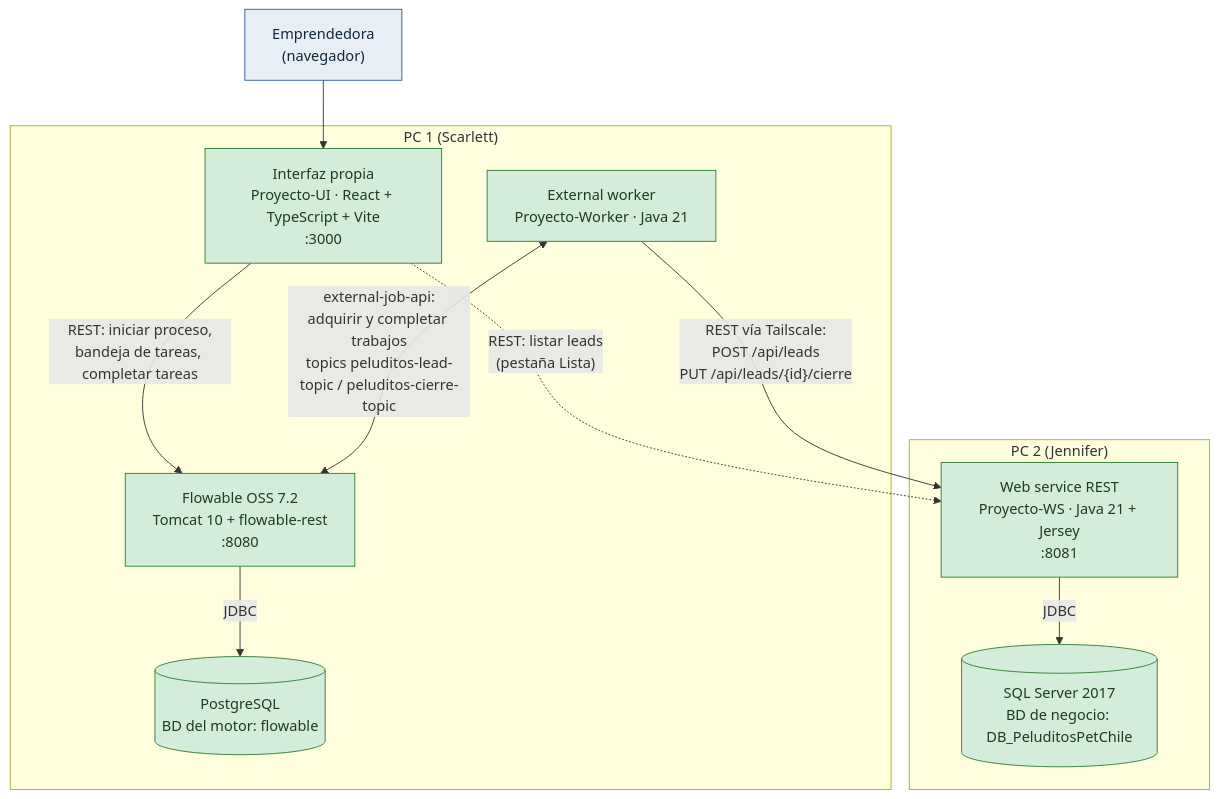
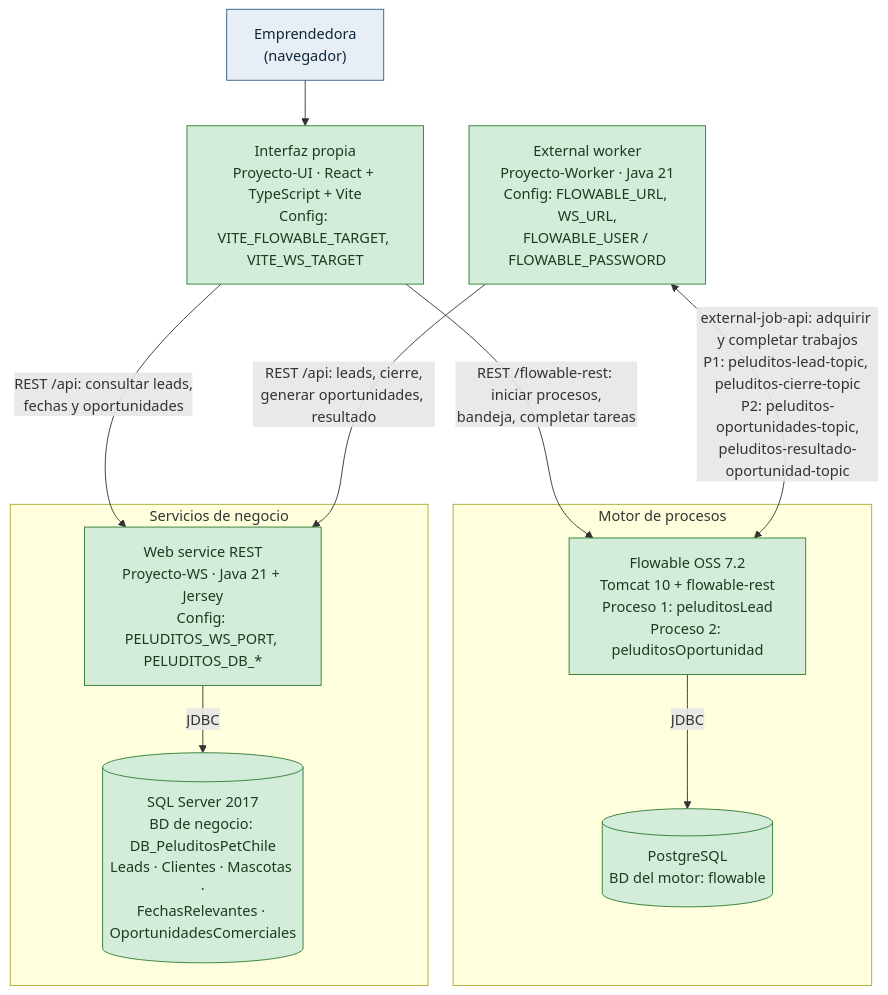
The first of 2 diagrams in Arquitectura/Arquitectura.md (scarlettpaz85-blip/proyecto-grupal), drawn with Mermaid before and after one commit. The commit also changed other lines of this file and 2 other files, not shown here.

````diff
--- a/Arquitectura/Arquitectura.md
+++ b/Arquitectura/Arquitectura.md
@@ -5,28 +8,31 @@
 ```mermaid
 flowchart TB
     U["Emprendedora<br/>(navegador)"]
-    subgraph PC1["PC 1 (Scarlett)"]
-    UI["Interfaz propia<br/>Proyecto-UI · React + TypeScript + Vite<br/>:3000"]
-    F["Flowable OSS 7.2<br/>Tomcat 10 + flowable-rest<br/>:8080"]
-    W["External worker<br/>Proyecto-Worker · Java 21"]
+
+    UI["Interfaz propia<br/>Proyecto-UI · React + TypeScript + Vite<br/>Config: VITE_FLOWABLE_TARGET, VITE_WS_TARGET"]
+
+    subgraph MOTOR["Motor de procesos"]
+    F["Flowable OSS 7.2<br/>Tomcat 10 + flowable-rest<br/>Proceso 1: peluditosLead<br/>Proceso 2: peluditosOportunidad"]
     DBF[("PostgreSQL<br/>BD del motor: flowable")]
     end
-    subgraph PC2["PC 2 (Jennifer)"]
-    S["Web service REST<br/>Proyecto-WS · Java 21 + Jersey<br/>:8081"]
-    DBN[("SQL Server 2017<br/>BD de negocio: DB_PeluditosPetChile")]
+
+    W["External worker<br/>Proyecto-Worker · Java 21<br/>Config: FLOWABLE_URL, WS_URL,<br/>FLOWABLE_USER / FLOWABLE_PASSWORD"]
+
+    subgraph NEGOCIO["Servicios de negocio"]
+    S["Web service REST<br/>Proyecto-WS · Java 21 + Jersey<br/>Config: PELUDITOS_WS_PORT, PELUDITOS_DB_*"]
+    DBN[("SQL Server 2017<br/>BD de negocio: DB_PeluditosPetChile<br/>Leads · Clientes · Mascotas ·<br/>FechasRelevantes · OportunidadesComerciales")]
     end
 
     U --> UI
-    UI -->|"REST: iniciar proceso,<br/>bandeja de tareas, completar tareas"| F
-    UI -.->|"REST: listar leads<br/>(pestaña Lista)"| S
-    W <-->|"external-job-api:<br/>adquirir y completar trabajos<br/>topics peluditos-lead-topic / peluditos-cierre-topic"| F
-    W -->|"REST vía Tailscale:<br/>POST /api/leads<br/>PUT /api/leads/{id}/cierre"| S
+    UI -->|"REST /flowable-rest: iniciar procesos,<br/>bandeja, completar tareas"| F
+    UI -->|"REST /api: consultar leads,<br/>fechas y oportunidades"| S
+    W <-->|"external-job-api: adquirir y completar trabajos<br/>P1: peluditos-lead-topic, peluditos-cierre-topic<br/>P2: peluditos-oportunidades-topic,<br/>peluditos-resultado-oportunidad-topic"| F
+    W -->|"REST /api: leads, cierre,<br/>generar oportunidades, resultado"| S
     F -->|"JDBC"| DBF
     S -->|"JDBC"| DBN
 
-    classDef implementado fill:#d4edda,stroke:#2e7d32,color:#1b3d1f;
-    classDef desarrollo fill:#fff3cd,stroke:#b8860b,color:#4d3800;
     classDef actor fill:#e8eef5,stroke:#2f5d8a,color:#12263a;
-    class S,W,UI,F,DBF,DBN implementado;
+    classDef comp fill:#d4edda,stroke:#2e7d32,color:#1b3d1f;
     class U actor;
+    class UI,F,W,S,DBF,DBN comp;
 ```
````
